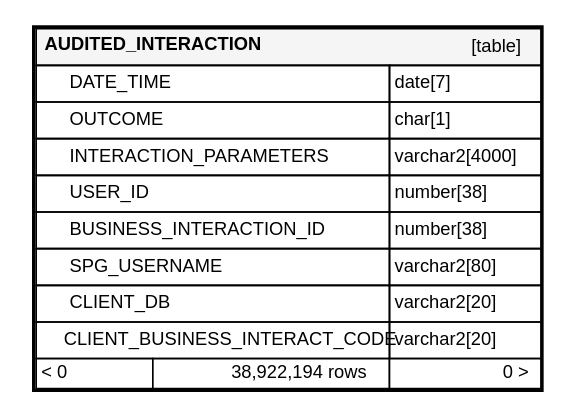
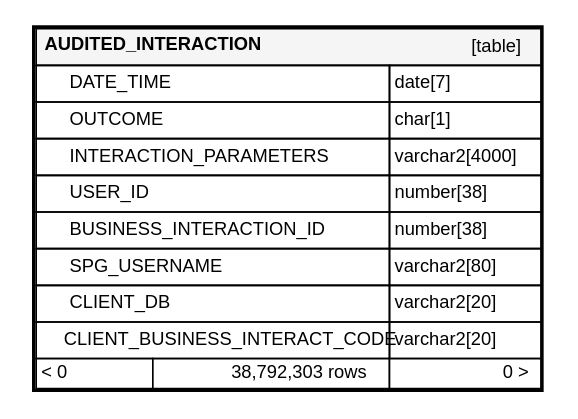
Before and after one commit to ministryofjustice/hmpps-probation-integration-services: the diagram in schema-spy-report/diagrams/orphans/AUDITED_INTERACTION.1degree.dot, drawn with Graphviz. The commit also changed 95 other files, not shown here.

```diff
--- a/schema-spy-report/diagrams/orphans/AUDITED_INTERACTION.1degree.dot
+++ b/schema-spy-report/diagrams/orphans/AUDITED_INTERACTION.1degree.dot
@@ -1,37 +1,37 @@
 digraph "AUDITED_INTERACTION" {
   graph [
     rankdir="RL"
     bgcolor="#ffffff"
     nodesep="0.18"
     ranksep="0.46"
     fontname="Helvetica"
     fontsize="11"
     ration="compress"
   ];
   node [
     fontname="Helvetica"
     fontsize="11"
     shape="plaintext"
   ];
   edge [
     arrowsize="0.8"
   ];
   "AUDITED_INTERACTION" [
    label=<
     <TABLE BORDER="2" CELLBORDER="1" CELLSPACING="0" BGCOLOR="#ffffff">
       <TR><TD COLSPAN="4"  BGCOLOR="#f5f5f5"><TABLE BORDER="0" CELLSPACING="0"><TR><TD ALIGN="LEFT"><B>AUDITED_INTERACTION</B></TD><TD ALIGN="RIGHT">[table]</TD></TR></TABLE></TD></TR>
       <TR><TD PORT="DATE_TIME" COLSPAN="2" ALIGN="LEFT"><TABLE BORDER="0" CELLSPACING="0" ALIGN="LEFT"><TR ALIGN="LEFT"><TD ALIGN="LEFT" FIXEDSIZE="TRUE" WIDTH="15" HEIGHT="16"></TD><TD ALIGN="LEFT" FIXEDSIZE="TRUE" WIDTH="191" HEIGHT="16">DATE_TIME</TD></TR></TABLE></TD><TD PORT="DATE_TIME.type" ALIGN="LEFT">date[7]</TD></TR>
       <TR><TD PORT="OUTCOME" COLSPAN="2" ALIGN="LEFT"><TABLE BORDER="0" CELLSPACING="0" ALIGN="LEFT"><TR ALIGN="LEFT"><TD ALIGN="LEFT" FIXEDSIZE="TRUE" WIDTH="15" HEIGHT="16"></TD><TD ALIGN="LEFT" FIXEDSIZE="TRUE" WIDTH="191" HEIGHT="16">OUTCOME</TD></TR></TABLE></TD><TD PORT="OUTCOME.type" ALIGN="LEFT">char[1]</TD></TR>
       <TR><TD PORT="INTERACTION_PARAMETERS" COLSPAN="2" ALIGN="LEFT"><TABLE BORDER="0" CELLSPACING="0" ALIGN="LEFT"><TR ALIGN="LEFT"><TD ALIGN="LEFT" FIXEDSIZE="TRUE" WIDTH="15" HEIGHT="16"></TD><TD ALIGN="LEFT" FIXEDSIZE="TRUE" WIDTH="191" HEIGHT="16">INTERACTION_PARAMETERS</TD></TR></TABLE></TD><TD PORT="INTERACTION_PARAMETERS.type" ALIGN="LEFT">varchar2[4000]</TD></TR>
       <TR><TD PORT="USER_ID" COLSPAN="2" ALIGN="LEFT"><TABLE BORDER="0" CELLSPACING="0" ALIGN="LEFT"><TR ALIGN="LEFT"><TD ALIGN="LEFT" FIXEDSIZE="TRUE" WIDTH="15" HEIGHT="16"></TD><TD ALIGN="LEFT" FIXEDSIZE="TRUE" WIDTH="191" HEIGHT="16">USER_ID</TD></TR></TABLE></TD><TD PORT="USER_ID.type" ALIGN="LEFT">number[38]</TD></TR>
       <TR><TD PORT="BUSINESS_INTERACTION_ID" COLSPAN="2" ALIGN="LEFT"><TABLE BORDER="0" CELLSPACING="0" ALIGN="LEFT"><TR ALIGN="LEFT"><TD ALIGN="LEFT" FIXEDSIZE="TRUE" WIDTH="15" HEIGHT="16"></TD><TD ALIGN="LEFT" FIXEDSIZE="TRUE" WIDTH="191" HEIGHT="16">BUSINESS_INTERACTION_ID</TD></TR></TABLE></TD><TD PORT="BUSINESS_INTERACTION_ID.type" ALIGN="LEFT">number[38]</TD></TR>
       <TR><TD PORT="SPG_USERNAME" COLSPAN="2" ALIGN="LEFT"><TABLE BORDER="0" CELLSPACING="0" ALIGN="LEFT"><TR ALIGN="LEFT"><TD ALIGN="LEFT" FIXEDSIZE="TRUE" WIDTH="15" HEIGHT="16"></TD><TD ALIGN="LEFT" FIXEDSIZE="TRUE" WIDTH="191" HEIGHT="16">SPG_USERNAME</TD></TR></TABLE></TD><TD PORT="SPG_USERNAME.type" ALIGN="LEFT">varchar2[80]</TD></TR>
       <TR><TD PORT="CLIENT_DB" COLSPAN="2" ALIGN="LEFT"><TABLE BORDER="0" CELLSPACING="0" ALIGN="LEFT"><TR ALIGN="LEFT"><TD ALIGN="LEFT" FIXEDSIZE="TRUE" WIDTH="15" HEIGHT="16"></TD><TD ALIGN="LEFT" FIXEDSIZE="TRUE" WIDTH="191" HEIGHT="16">CLIENT_DB</TD></TR></TABLE></TD><TD PORT="CLIENT_DB.type" ALIGN="LEFT">varchar2[20]</TD></TR>
       <TR><TD PORT="CLIENT_BUSINESS_INTERACT_CODE" COLSPAN="2" ALIGN="LEFT"><TABLE BORDER="0" CELLSPACING="0" ALIGN="LEFT"><TR ALIGN="LEFT"><TD ALIGN="LEFT" FIXEDSIZE="TRUE" WIDTH="15" HEIGHT="16"></TD><TD ALIGN="LEFT" FIXEDSIZE="TRUE" WIDTH="191" HEIGHT="16">CLIENT_BUSINESS_INTERACT_CODE</TD></TR></TABLE></TD><TD PORT="CLIENT_BUSINESS_INTERACT_CODE.type" ALIGN="LEFT">varchar2[20]</TD></TR>
-      <TR><TD ALIGN="LEFT" BGCOLOR="#ffffff">&lt; 0</TD><TD ALIGN="RIGHT" BGCOLOR="#ffffff">38,922,194 rows</TD><TD ALIGN="RIGHT" BGCOLOR="#ffffff">0 &gt;</TD></TR>
+      <TR><TD ALIGN="LEFT" BGCOLOR="#ffffff">&lt; 0</TD><TD ALIGN="RIGHT" BGCOLOR="#ffffff">38,792,303 rows</TD><TD ALIGN="RIGHT" BGCOLOR="#ffffff">0 &gt;</TD></TR>
     </TABLE>>
     URL="../../tables/AUDITED_INTERACTION.html"
     target="_top"
     tooltip="AUDITED_INTERACTION"
   ];
 }
```
